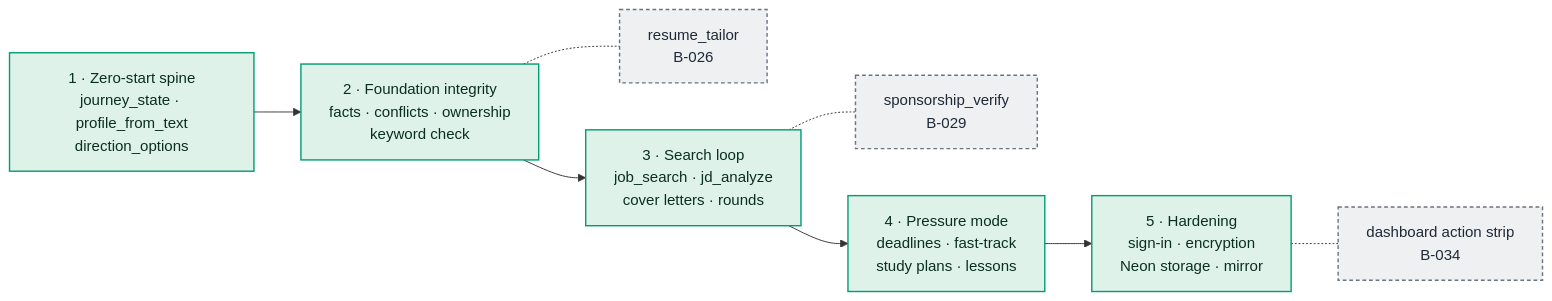
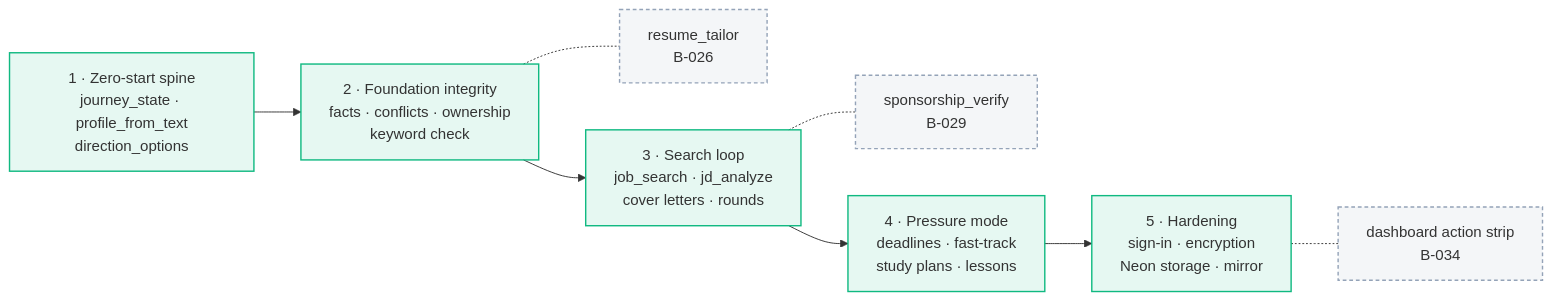
One commit to TusharSamantaray/career-copilot-mcp changed the diagram in docs/SPEC.md. Above: the diagram before and after it, drawn with Mermaid. The commit also changed 8 other files, not shown here.

First line of the commit message:
docs: diagram palette readable on light and dark backgrounds

````diff
--- a/docs/SPEC.md
+++ b/docs/SPEC.md
@@ -121,19 +121,19 @@
 ```mermaid
 flowchart LR
-  classDef built fill:#DFF2E9,stroke:#009E73,color:#0B2E22,stroke-width:1.5px
-  classDef pending fill:#EEF0F2,stroke:#6B7280,color:#1F2937,stroke-width:1.5px,stroke-dasharray:4 3
+  classDef built fill:#10B9811A,stroke:#10B981,stroke-width:1.5px
+  classDef pending fill:#94A3B81A,stroke:#94A3B8,stroke-width:1.5px,stroke-dasharray:4 3
 
   s1["1 · Zero-start spine<br/>journey_state · profile_from_text<br/>direction_options"]:::built
   s2["2 · Foundation integrity<br/>facts · conflicts · ownership<br/>keyword check"]:::built
   s2o["resume_tailor<br/>B-026"]:::pending
   s3["3 · Search loop<br/>job_search · jd_analyze<br/>cover letters · rounds"]:::built
   s3o["sponsorship_verify<br/>B-029"]:::pending
   s4["4 · Pressure mode<br/>deadlines · fast-track<br/>study plans · lessons"]:::built
   s5["5 · Hardening<br/>sign-in · encryption<br/>Neon storage · mirror"]:::built
   s5o["dashboard action strip<br/>B-034"]:::pending
 
   s1 --> s2 --> s3 --> s4 --> s5
   s2 -.- s2o
   s3 -.- s3o
   s5 -.- s5o
 ```
````
